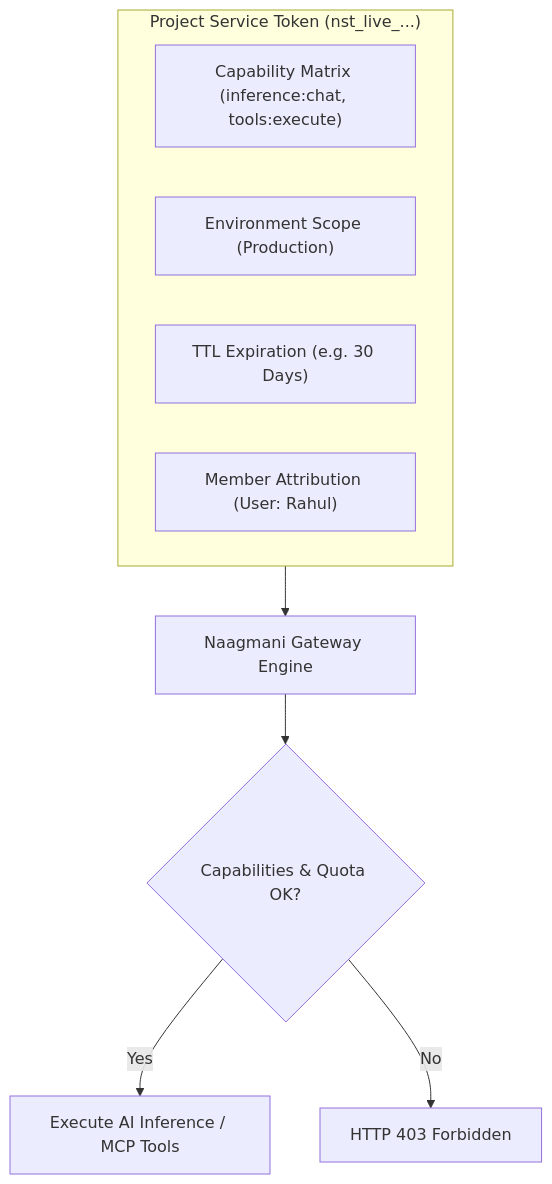
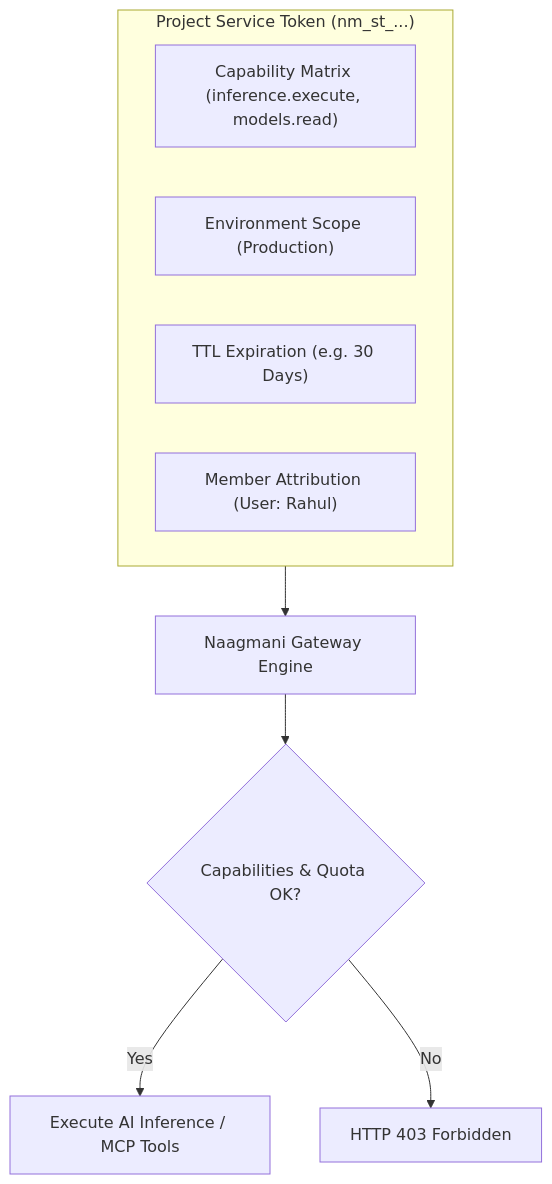
The diagram in docs/concepts/project-service-tokens.md (bhakha-services/naagmani-docs), drawn with Mermaid before and after one commit. The commit also changed other lines of this file and 8 other files, not shown here.

First line of the commit message:
docs(service-tokens): unify Developer Portal Project Service Tokens and B2B Partner Gateway

````diff
--- a/docs/concepts/project-service-tokens.md
+++ b/docs/concepts/project-service-tokens.md
@@ -7,14 +7,15 @@
 ```mermaid
 graph TD
-    subgraph PST["Project Service Token (nst_live_...)"]
-        Cap["Capability Matrix (inference:chat, tools:execute)"]
+    subgraph PST["Project Service Token (nm_st_...)"]
+        Cap["Capability Matrix (inference.execute, models.read)"]
         Env["Environment Scope (Production)"]
         TTL["TTL Expiration (e.g. 30 Days)"]
         Attribution["Member Attribution (User: Rahul)"]
     end
 
     PST --> GW["Naagmani Gateway Engine"]
-    GW --> Authorize{"Capabilities & Quota OK?"}
+    Authorize{"Capabilities & Quota OK?"}
+    GW --> Authorize
     Authorize -->|Yes| Upstream["Execute AI Inference / MCP Tools"]
     Authorize -->|No| Reject["HTTP 403 Forbidden"]
 ```
````
